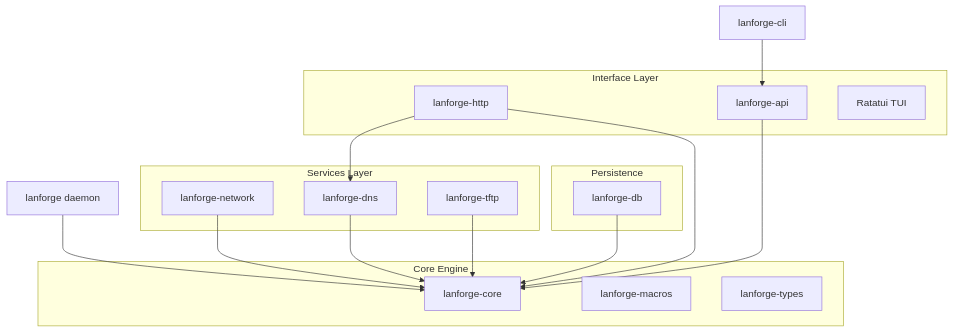
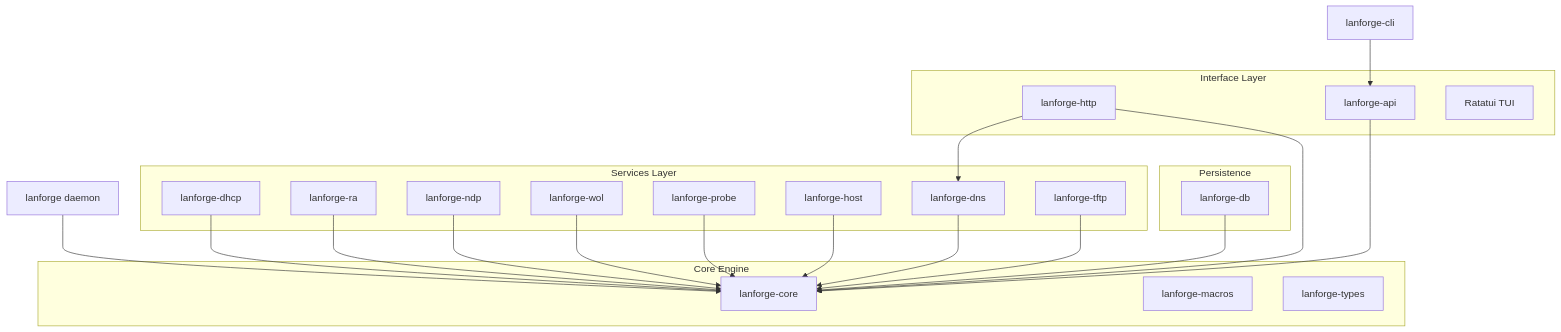
Before and after one commit to FerrahWolfeh/lanforge: the diagram in docs/ARCHITECTURE.md, drawn with Mermaid. The commit also changed other lines of this file and 56 other files, not shown here.

Commit message:
refactor: modularize network crates by decomposing lanforge-network into individual domain-specific crates with local error definitions

````diff
--- a/docs/ARCHITECTURE.md
+++ b/docs/ARCHITECTURE.md
@@ -25,35 +25,45 @@
 ```mermaid
 graph TD
     Main["lanforge daemon"] --> Core["lanforge-core"]
     CLI["lanforge-cli"] --> API["lanforge-api"]
     
     subgraph "Interface Layer"
         API
         HTTP["lanforge-http"]
         TUI["Ratatui TUI"]
     end
 
     subgraph "Core Engine"
         Core
         Macros["lanforge-macros"]
         Types["lanforge-types"]
     end
 
     subgraph "Services Layer"
-        Net["lanforge-network"]
+        DHCP["lanforge-dhcp"]
+        RA["lanforge-ra"]
+        NDP["lanforge-ndp"]
+        WOL["lanforge-wol"]
+        Probe["lanforge-probe"]
+        Host["lanforge-host"]
         DNS["lanforge-dns"]
         TFTP["lanforge-tftp"]
     end
 
     subgraph "Persistence"
         DB["lanforge-db"]
     end
 
-    Net --> Core
+    DHCP --> Core
+    RA --> Core
+    NDP --> Core
+    WOL --> Core
+    Probe --> Core
+    Host --> Core
     DNS --> Core
     TFTP --> Core
     DB --> Core
     HTTP --> Core
     API --> Core
     HTTP --> DNS
 ```
````
